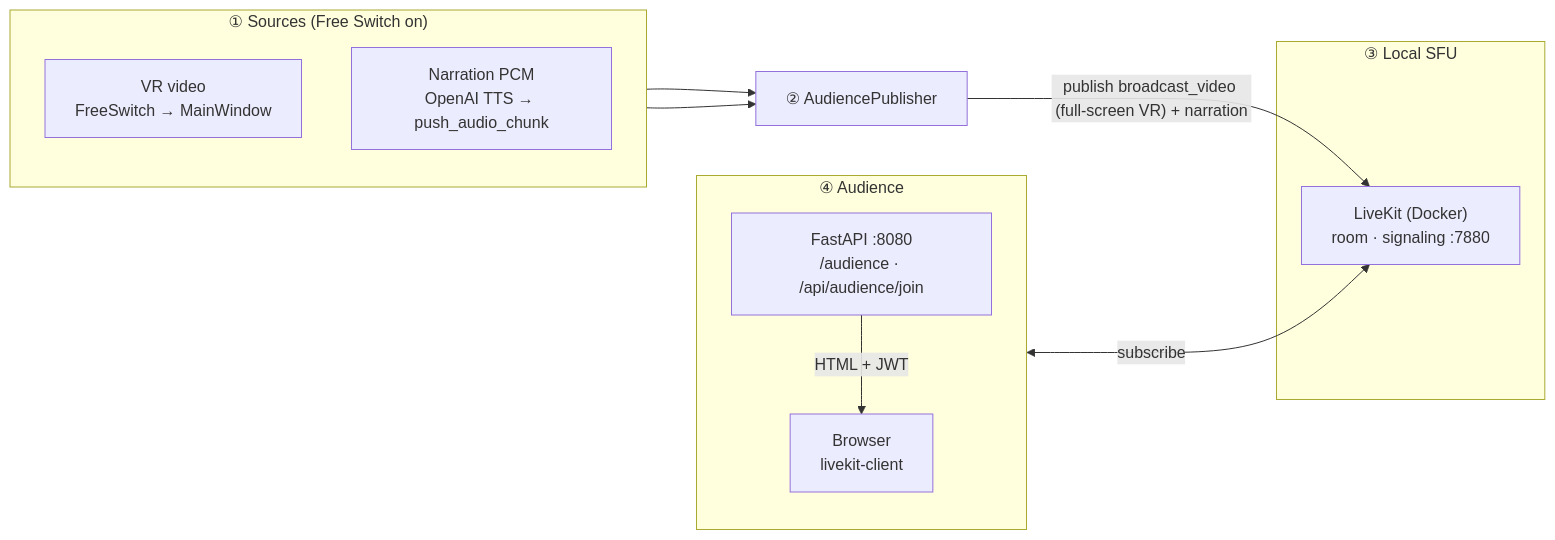
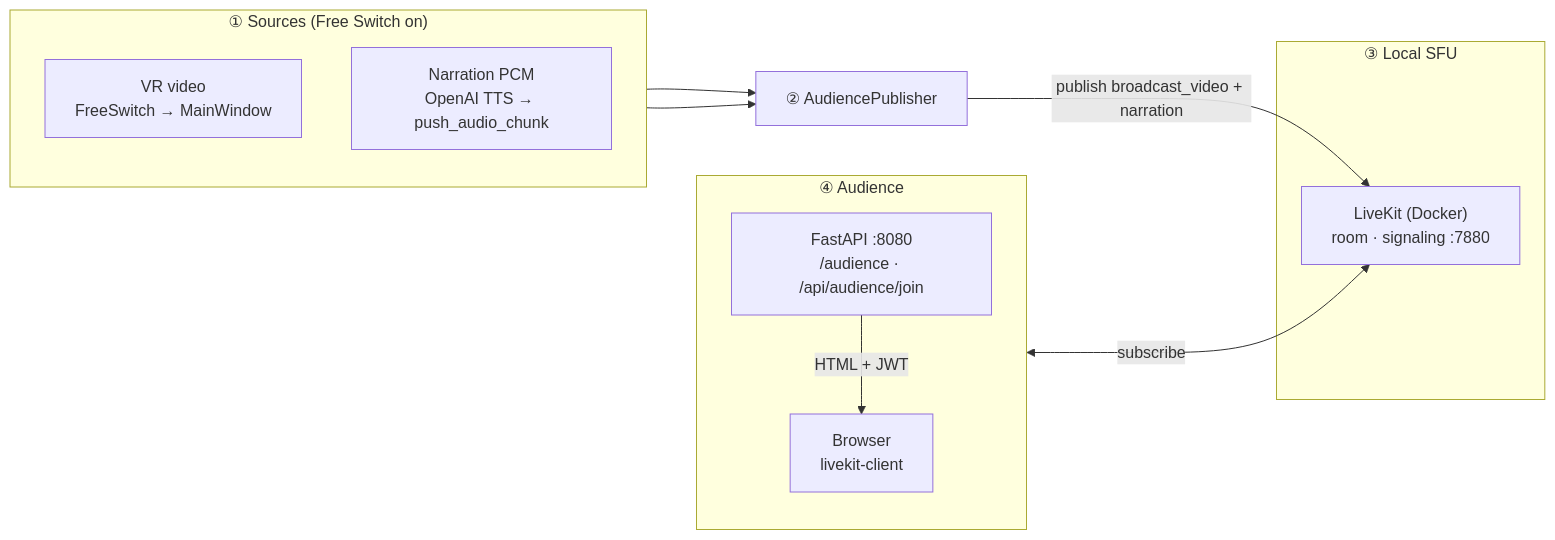
One commit to bolin35877766/miis_broadcast changed the first of 2 diagrams in src/miis_broadcast/audience/README.md. Above: the diagram before and after it, drawn with Mermaid. The commit also changed other lines of this file and 7 other files, not shown here.

````diff
--- a/src/miis_broadcast/audience/README.md
+++ b/src/miis_broadcast/audience/README.md
@@ -50,26 +26,26 @@
 ```mermaid
 flowchart LR
   subgraph SRC["① Sources (Free Switch on)"]
     direction TB
     VR["VR video<br/>FreeSwitch → MainWindow"]
     PCM["Narration PCM<br/>OpenAI TTS → push_audio_chunk"]
   end
 
   PUB["② AudiencePublisher"]
 
   subgraph LOC["③ Local SFU"]
     LK["LiveKit (Docker)<br/>room · signaling :7880"]
   end
 
   subgraph AUD["④ Audience"]
     direction TB
     HTTP["FastAPI :8080<br/>/audience · /api/audience/join"]
     BR["Browser<br/>livekit-client"]
   end
 
   VR --> PUB
   PCM --> PUB
-  PUB -->|"publish broadcast_video (full-screen VR) + narration"| LK
+  PUB -->|"publish broadcast_video + narration"| LK
   HTTP -->|"HTML + JWT"| BR
   BR <-->|"subscribe"| LK
 ```
````
